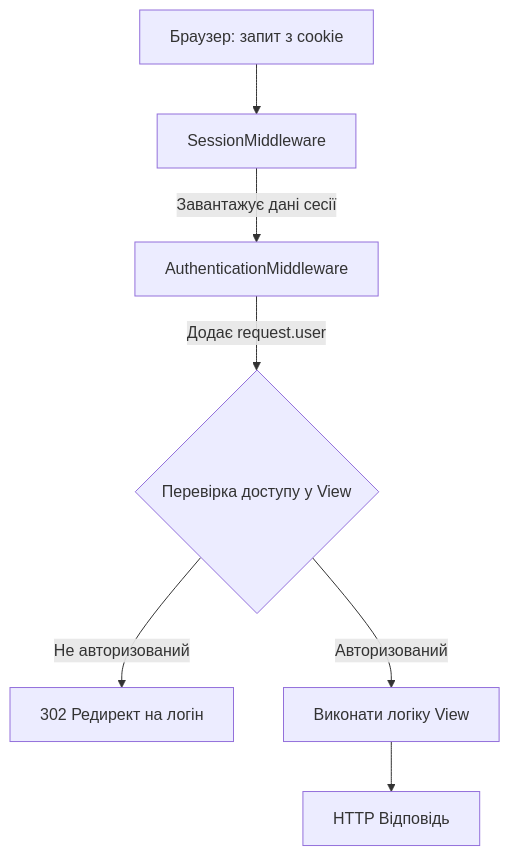
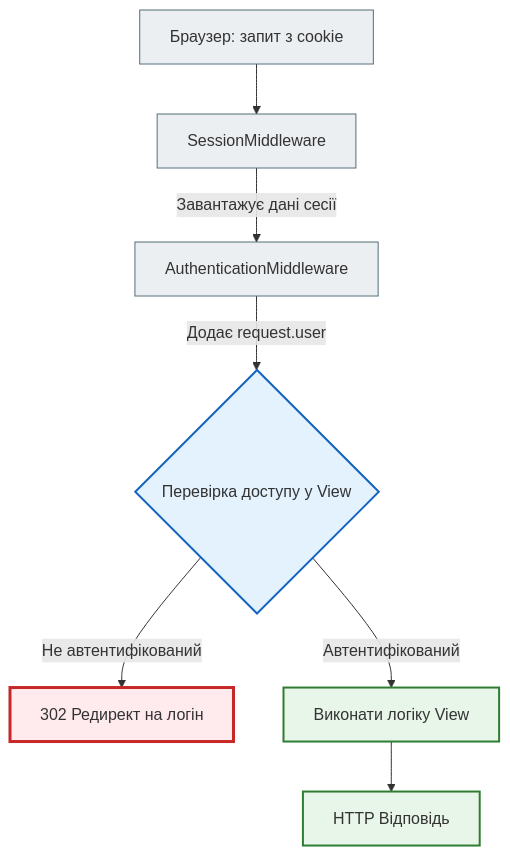
Before and after one commit to NikoriakViktot/notes_chat_app: the first of 2 diagrams in docs/07_auth_and_security/auth_basics_full.md, drawn with Mermaid. The commit also changed other lines of this file and 441 other files, not shown here.

First line of the commit message:
Add English version of the book, Mermaid standard, docs fixes

````diff
--- a/docs/07_auth_and_security/auth_basics_full.md
+++ b/docs/07_auth_and_security/auth_basics_full.md
@@ -103,9 +103,18 @@
 ```mermaid
 graph TD
     A[Браузер: запит з cookie] --> B[SessionMiddleware]
     B -->|Завантажує дані сесії| C[AuthenticationMiddleware]
     C -->|Додає request.user| D{Перевірка доступу у View}
-    D -- Не авторизований --> E[302 Редирект на логін]
-    D -- Авторизований --> F[Виконати логіку View]
+    D -- Не автентифікований --> E[302 Редирект на логін]
+    D -- Автентифікований --> F[Виконати логіку View]
     F --> G[HTTP Відповідь]
+
+    classDef step     fill:#eceff1,stroke:#546e7a,stroke-width:1px;
+    classDef decision fill:#e3f2fd,stroke:#1565c0,stroke-width:2px;
+    classDef success  fill:#e8f5e9,stroke:#2e7d32,stroke-width:2px;
+    classDef error    fill:#ffebee,stroke:#c62828,stroke-width:3px;
+    class A,B,C step;
+    class D decision;
+    class F,G success;
+    class E error;
 ```
````
